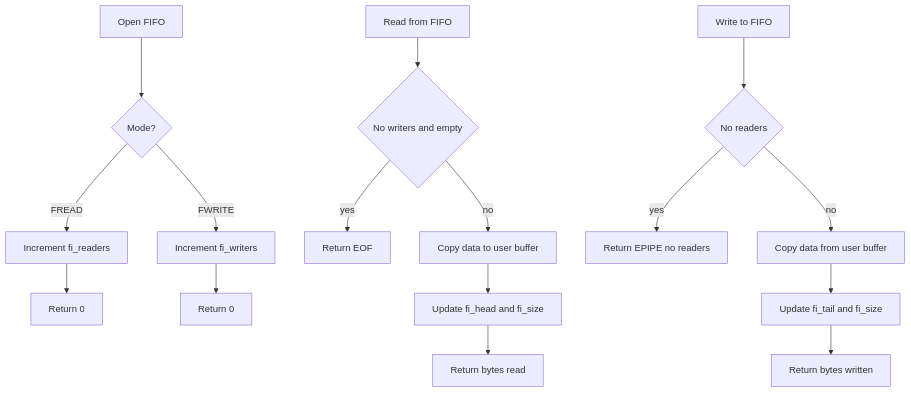
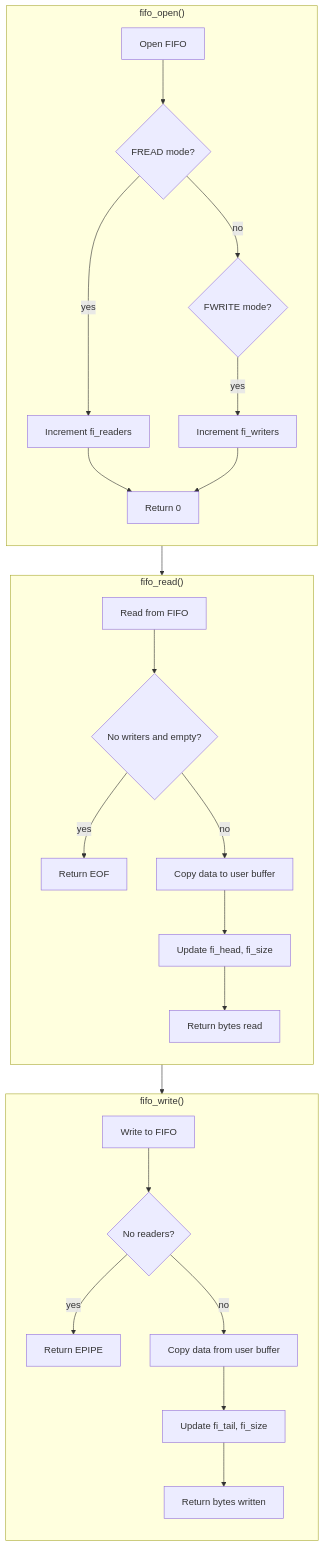
One commit to macsplit/unix_doc changed the diagram in diagrams/3.6-read-write-flow.mmd. Above: the diagram before and after it, drawn with Mermaid. The commit also changed 59 other files, not shown here.

Commit message:
adjusted diagrams sizes and split some diagrams into multiple

```diff
--- a/diagrams/3.6-read-write-flow.mmd
+++ b/diagrams/3.6-read-write-flow.mmd
@@ -1,18 +1,30 @@
 flowchart TD
-    A[Open FIFO] --> B{Mode?}
-    B -->|FREAD| C[Increment fi_readers]
-    B -->|FWRITE| D[Increment fi_writers]
-    C --> E[Return 0]
-    D --> F[Return 0]
+    subgraph OPEN["fifo_open()"]
+        direction TB
+        A[Open FIFO] --> B{FREAD mode?}
+        B -->|yes| C[Increment fi_readers]
+        B -->|no| B2{FWRITE mode?}
+        B2 -->|yes| D[Increment fi_writers]
+        C --> E[Return 0]
+        D --> E
+    end
 
-    G[Read from FIFO] --> H{No writers and empty}
-    H -->|yes| I[Return EOF]
-    H -->|no| J[Copy data to user buffer]
-    J --> K[Update fi_head and fi_size]
-    K --> L[Return bytes read]
+    subgraph READ["fifo_read()"]
+        direction TB
+        G[Read from FIFO] --> H{No writers and empty?}
+        H -->|yes| I[Return EOF]
+        H -->|no| J[Copy data to user buffer]
+        J --> K[Update fi_head, fi_size]
+        K --> L[Return bytes read]
+    end
 
-    M[Write to FIFO] --> N{No readers}
-    N -->|yes| O[Return EPIPE no readers]
-    N -->|no| P[Copy data from user buffer]
-    P --> Q[Update fi_tail and fi_size]
-    Q --> R[Return bytes written]
+    subgraph WRITE["fifo_write()"]
+        direction TB
+        M[Write to FIFO] --> N{No readers?}
+        N -->|yes| O[Return EPIPE]
+        N -->|no| P[Copy data from user buffer]
+        P --> Q[Update fi_tail, fi_size]
+        Q --> R[Return bytes written]
+    end
+
+    OPEN --> READ --> WRITE
```
